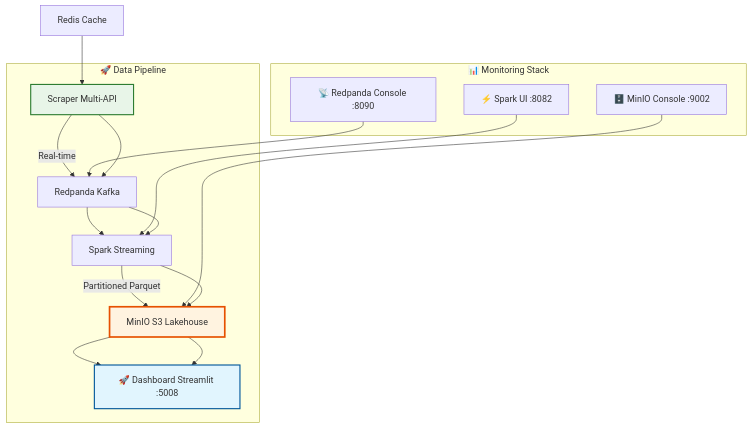
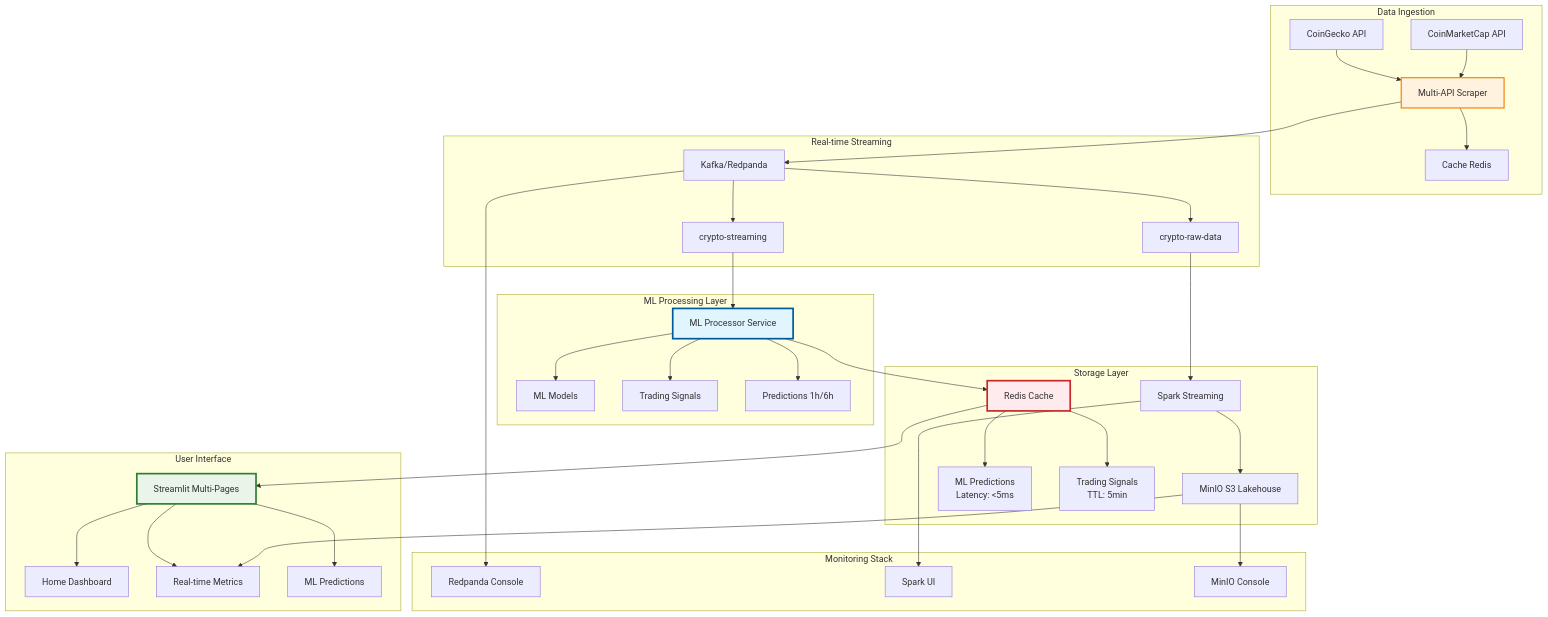
The first of 2 diagrams in README.md (guarneriAnthony/crypto-viz), drawn with Mermaid before and after one commit. The commit also changed other lines of this file, not shown here.

````diff
--- a/README.md
+++ b/README.md
@@ -29,26 +34,71 @@
 ```mermaid
 graph TB
-    A[Scraper Multi-API] -->|Real-time| B[Redpanda Kafka]
-    B --> C[Spark Streaming]
-    C -->|Partitioned Parquet| D[MinIO S3 Lakehouse]
-    D --> E[🚀 Dashboard Streamlit :5008]
-    
-    F[Redis Cache] --> A
-    G[📡 Redpanda Console :8090] --> B
-    H[⚡ Spark UI :8082] --> C
-    I[🗄️ MinIO Console :9002] --> D
-    
-    subgraph "🚀 Data Pipeline"
-        A --> B --> C --> D --> E
+    subgraph " Data Ingestion"
+        A[ Multi-API Scraper]
+        A1[CoinMarketCap API]
+        A2[CoinGecko API] 
+        A3[Cache Redis]
+        A1 --> A
+        A2 --> A
+        A --> A3
     end
     
-    subgraph "📊 Monitoring Stack"
-        G
-        H
-        I
+    subgraph " Real-time Streaming"
+        B[ Kafka/Redpanda]
+        B1[crypto-raw-data]
+        B2[crypto-streaming]
+        A --> B
+        B --> B1
+        B --> B2
     end
     
-    style E fill:#e1f5fe,stroke:#01579b,stroke-width:2px
-    style D fill:#fff3e0,stroke:#e65100,stroke-width:3px
-    style A fill:#e8f5e8,stroke:#2e7d32,stroke-width:2px
+    subgraph " ML Processing Layer"
+        C[ ML Processor Service]
+        C1[  ML Models]
+        C2[ Trading Signals]
+        C3[ Predictions 1h/6h]
+        B2 --> C
+        C --> C1
+        C --> C2
+        C --> C3
+    end
+    
+    subgraph " Storage Layer"
+        D[ Redis Cache]
+        E[ MinIO S3 Lakehouse]
+        F[ Spark Streaming]
+        B1 --> F
+        F --> E
+        C --> D
+        D1[ML Predictions<br/>Latency: <5ms]
+        D2[Trading Signals<br/>TTL: 5min]
+        D --> D1
+        D --> D2
+    end
+    
+    subgraph " User Interface"
+        G[ Streamlit Multi-Pages]
+        G1[ Home Dashboard]
+        G2[ Real-time Metrics]  
+        G3[ ML Predictions]
+        D --> G
+        E --> G2
+        G --> G1
+        G --> G2
+        G --> G3
+    end
+    
+    subgraph " Monitoring Stack"
+        H[ Redpanda Console]
+        I[ Spark UI]
+        J[ MinIO Console]
+        B --> H
+        F --> I
+        E --> J
+    end
+    
+    style C fill:#e1f5fe,stroke:#01579b,stroke-width:3px
+    style D fill:#ffebee,stroke:#c62828,stroke-width:3px
+    style G fill:#e8f5e8,stroke:#2e7d32,stroke-width:3px
+    style A fill:#fff3e0,stroke:#f57c00,stroke-width:2px
 ```
````
